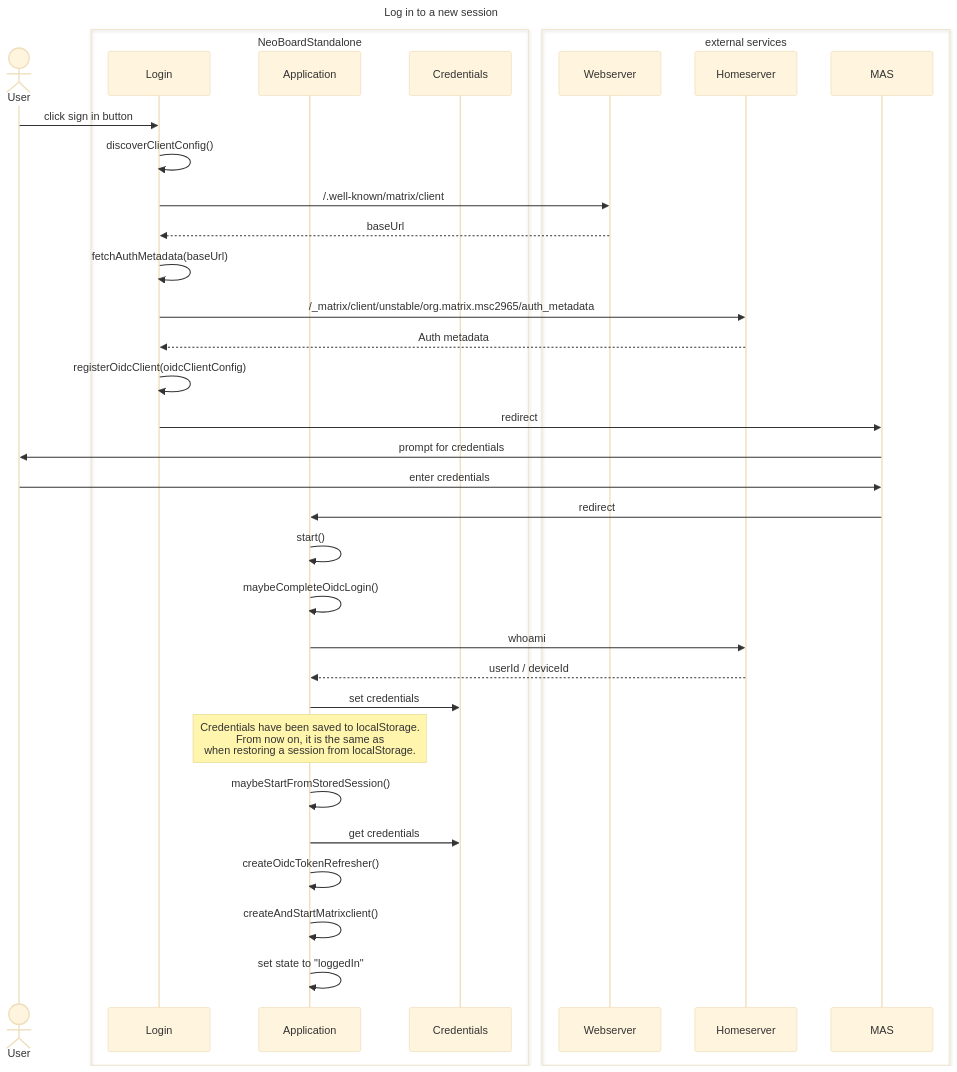
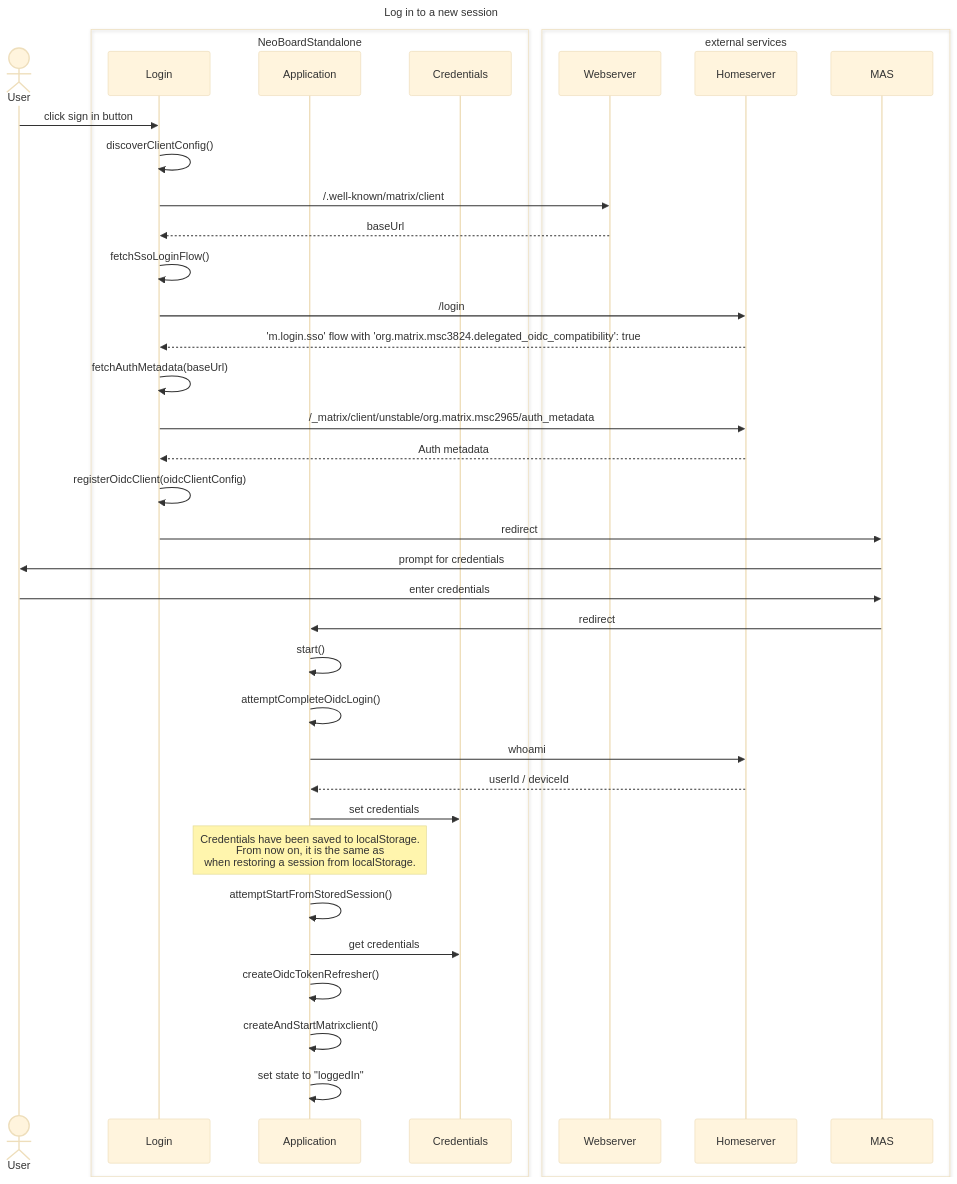
One commit to nordeck/matrix-neoboard-standalone changed the diagram in docs/architecture.md. Above: the diagram before and after it, drawn with Mermaid (base theme). The commit also changed other lines of this file and 44 other files, not shown here.

````diff
--- a/docs/architecture.md
+++ b/docs/architecture.md
@@ -7,42 +7,45 @@
 ```mermaid
 sequenceDiagram
   title: Log in to a new session
 
   actor User
 
   box NeoBoardStandalone
     participant Login
     participant Application
     participant Credentials
   end
 
   box external services
     participant Webserver
     participant Homeserver
     participant MAS
   end
 
   User ->> Login: click sign in button
   Login ->> Login: discoverClientConfig()
   Login ->> Webserver: /.well-known/matrix/client
   Webserver -->> Login: baseUrl
+  Login ->> Login: fetchSsoLoginFlow()
+  Login ->> Homeserver: /login
+  Homeserver -->> Login: 'm.login.sso' flow with 'org.matrix.msc3824.delegated_oidc_compatibility': true
   Login ->> Login: fetchAuthMetadata(baseUrl)
   Login ->> Homeserver: /_matrix/client/unstable/org.matrix.msc2965/auth_metadata
   Homeserver -->> Login: Auth metadata
   Login ->> Login: registerOidcClient(oidcClientConfig)
   Login ->> MAS: redirect
   MAS ->> User: prompt for credentials
   User ->> MAS: enter credentials
   MAS ->> Application: redirect
   Application ->> Application: start()
-  Application ->> Application: maybeCompleteOidcLogin()
+  Application ->> Application: attemptCompleteOidcLogin()
   Application ->> Homeserver: whoami
   Homeserver -->> Application: userId / deviceId
   Application ->> Credentials: set credentials
   Note over Application: Credentials have been saved to localStorage.<br />From now on, it is the same as<br />when restoring a session from localStorage.
-  Application ->> Application: maybeStartFromStoredSession()
+  Application ->> Application: attemptStartFromStoredSession()
   Application ->> Credentials: get credentials
   Application ->> Application: createOidcTokenRefresher()
   Application ->> Application: createAndStartMatrixclient()
   Application ->> Application: set state to "loggedIn"
 ```
````
